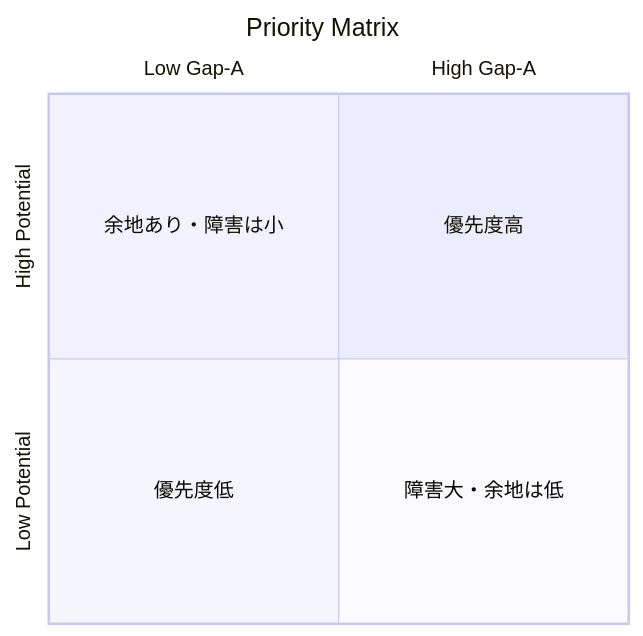
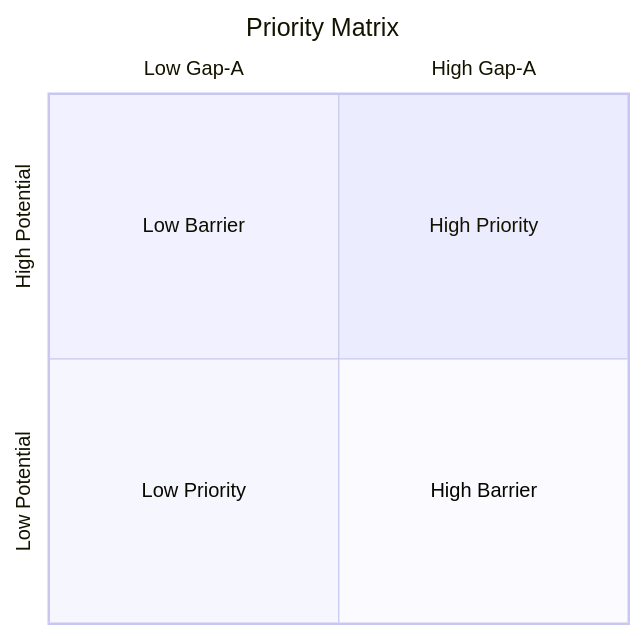
One commit to ot-nemoto/driving-ai-adoption changed the second of 4 diagrams in docs/analysis-plan.md. Above: the diagram before and after it, drawn with Mermaid.

Commit message:
fix: quadrantChartのラベルをすべて英語に統一
quadrant内のラベルも日本語非対応のためすべて英語に変更

````diff
--- a/docs/analysis-plan.md
+++ b/docs/analysis-plan.md
@@ -52,10 +52,10 @@
 ```mermaid
 quadrantChart
     title Priority Matrix
     x-axis Low Gap-A --> High Gap-A
     y-axis Low Potential --> High Potential
-    quadrant-1 優先度高
-    quadrant-2 余地あり・障害は小
-    quadrant-3 優先度低
-    quadrant-4 障害大・余地は低
+    quadrant-1 High Priority
+    quadrant-2 Low Barrier
+    quadrant-3 Low Priority
+    quadrant-4 High Barrier
 ```
````
